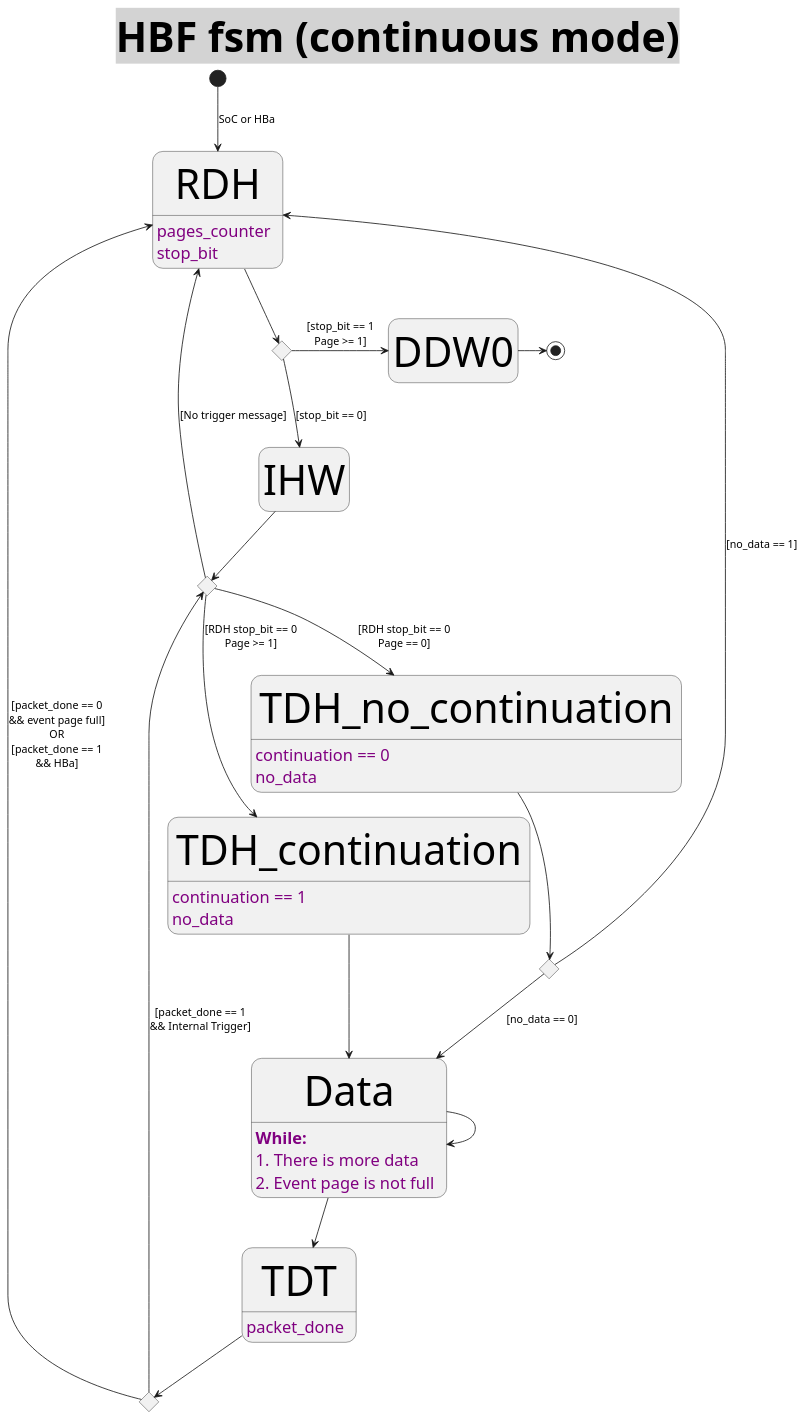
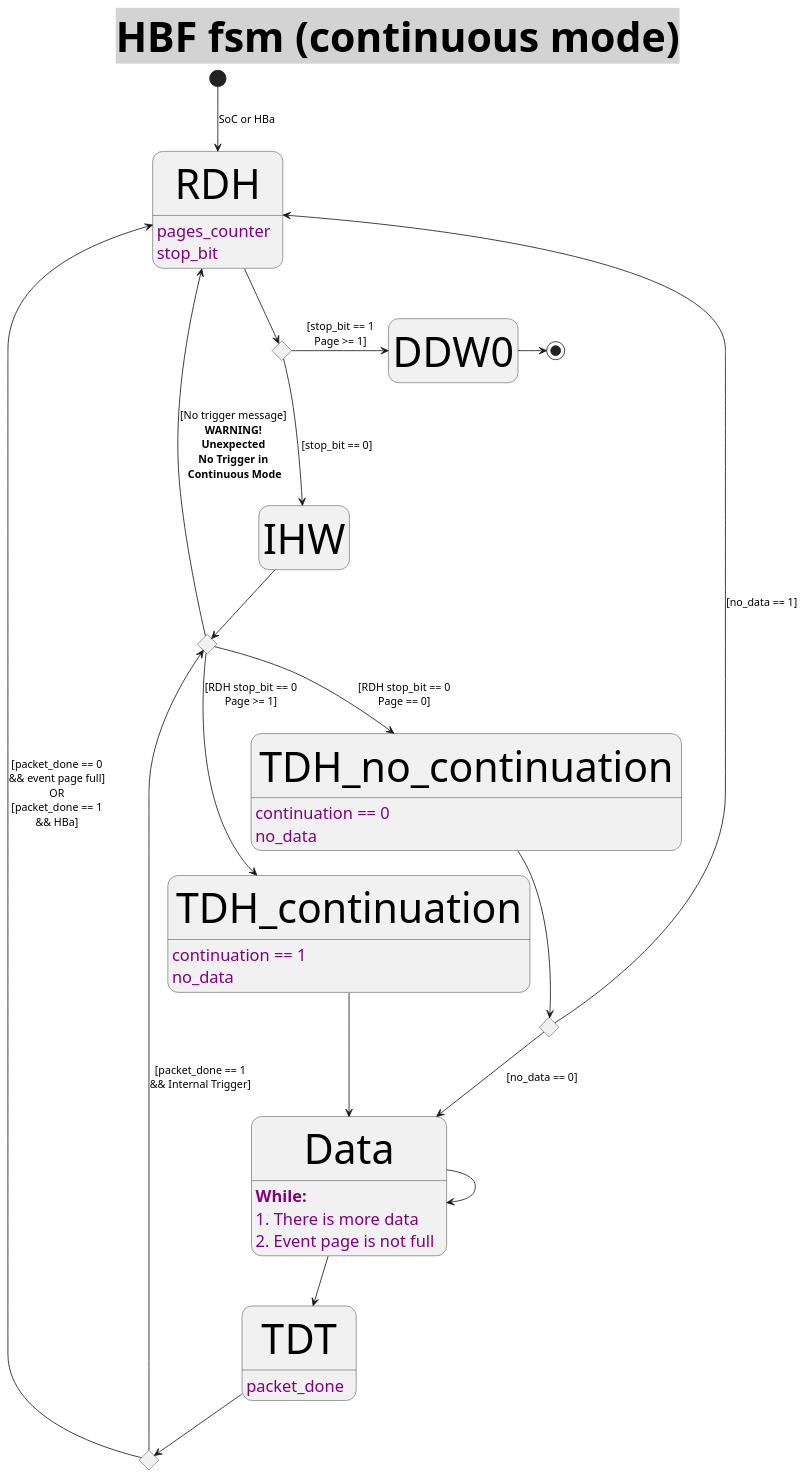
The diagram in doc/hbf_continuous_fsm.puml (CramBL/fastPASTA), drawn with PlantUML before and after one commit. The commit also changed 1 other file, not shown here.

Commit message:
WIP! hbf and cdp payload FSM diagrams

```diff
--- a/doc/hbf_continuous_fsm.puml
+++ b/doc/hbf_continuous_fsm.puml
@@ -1,84 +1,84 @@
 @startuml HBFStateMachine (continuous mode)
 <style>
 title {
   HorizontalAlignment right
   FontSize 50
   BackGroundColor lightgrey
   Margin 1
   Padding 0
 }
 
 header {
   HorizontalAlignment center
   FontSize 20
   FontColor purple
 }
 
 footer {
   HorizontalAlignment left
   FontSize 28
   FontColor red
 }
 
 legend {
   FontSize 30
   BackGroundColor yellow
   Margin 30
   Padding 50
 }
 
 caption {
   FontSize 32
 }
 </style>
 Title **HBF fsm** (continuous mode)
 hide empty description
 
 state after_RDH <<choice>>
 state after_IHW <<choice>>
 state after_TDH <<choice>>
 state after_TDT <<choice>>
 
 
 [*] --> RDH : SoC or HBa
 RDH : pages_counter
 RDH : stop_bit
 RDH --> after_RDH
 
 after_RDH --> IHW : [stop_bit == 0]
 after_RDH -> DDW0 : [stop_bit == 1\nPage >= 1]
 
 
 IHW --> after_IHW
-after_IHW -right-> RDH : [No trigger message]
+after_IHW -right-> RDH : [No trigger message]\n**WARNING!**\n**Unexpected**\n**No Trigger in**\n** Continuous Mode**
 after_IHW --> TDH_no_continuation : [RDH stop_bit == 0\nPage == 0]
 after_IHW --> TDH_continuation : [RDH stop_bit == 0\nPage >= 1]
 
 TDH_continuation --> Data
 TDH_continuation: continuation == 1
 TDH_continuation: no_data
 
 
 TDH_no_continuation --> after_TDH
 TDH_no_continuation: continuation == 0
 TDH_no_continuation: no_data
 
 after_TDH --> Data : [no_data == 0]
 after_TDH -right-> RDH : [no_data == 1]
 
 Data -> Data
 Data: **While:**
 Data:   1. There is more data
 Data:   2. Event page is not full
 
 Data --> TDT
 TDT: packet_done
 
 TDT --> after_TDT
 
 after_TDT -up-> RDH : [packet_done == 0\n&& event page full]\nOR\n[packet_done == 1\n&& HBa]
 after_TDT -> after_IHW : [packet_done == 1\n&& Internal Trigger]
 
 DDW0 -> [*]
 
 @enduml
```
